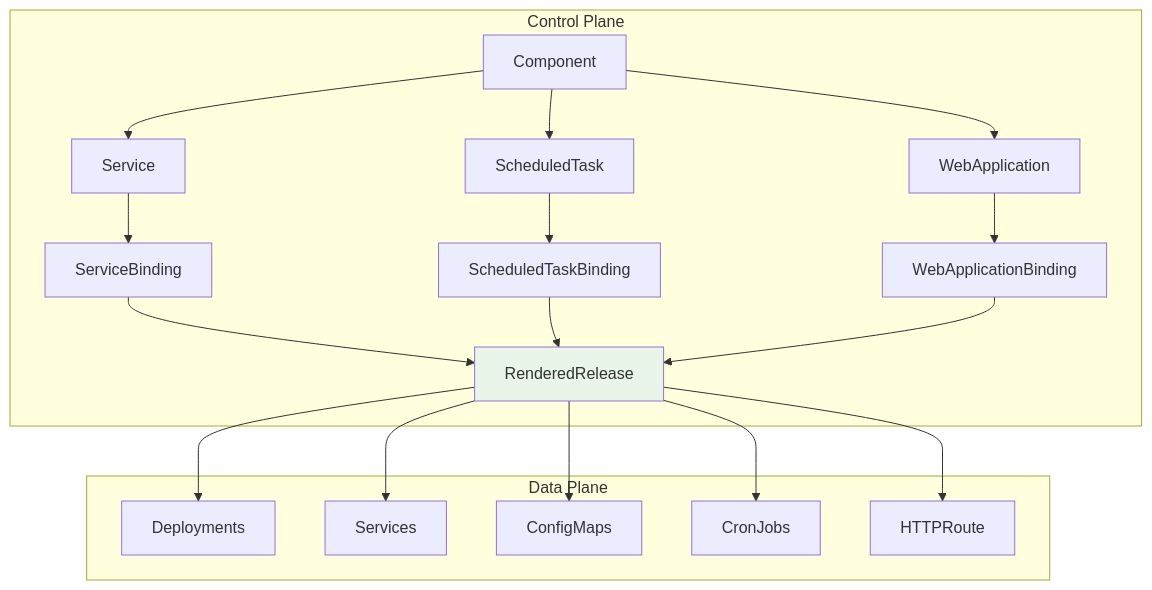
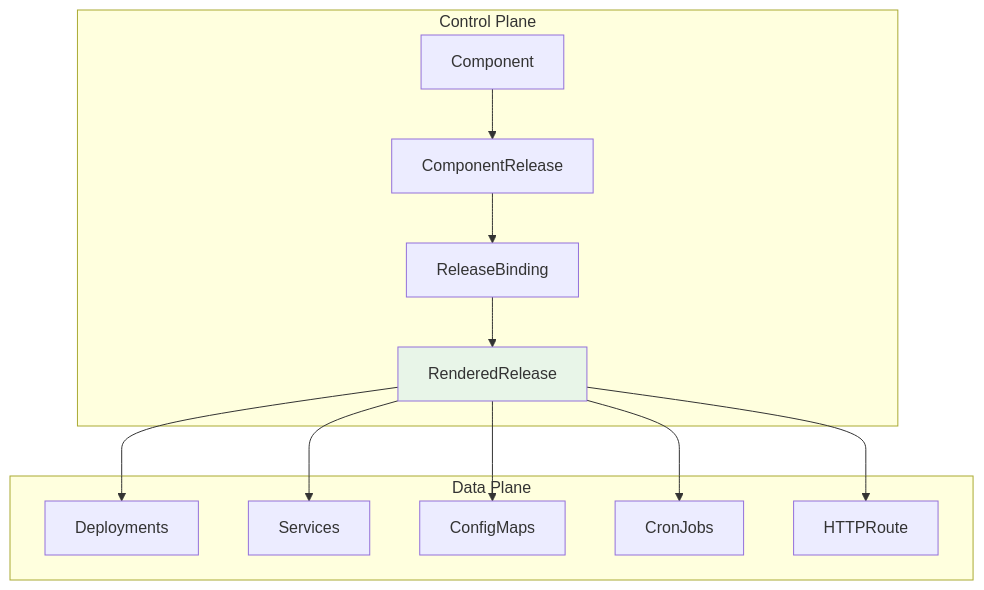
The first of 2 diagrams in docs/crds/renderedrelease.md (rashadism/openchoreo), drawn with Mermaid before and after one commit. The commit also changed other lines of this file and 3 other files, not shown here.

````diff
--- a/docs/crds/renderedrelease.md
+++ b/docs/crds/renderedrelease.md
@@ -13,41 +13,29 @@
 ```mermaid
 graph TD
-    A[Component] --> B[Service]
-    A --> C[ScheduledTask]
-    A --> D[WebApplication]
-    
-    B --> E[ServiceBinding]
-    C --> F[ScheduledTaskBinding]
-    D --> G[WebApplicationBinding]
-    
-    E --> H[RenderedRelease]
-    F --> H
-    G --> H
-    
+    A[Component] --> B[ComponentRelease]
+    B --> C[ReleaseBinding]
+    C --> H[RenderedRelease]
+
     subgraph "Control Plane"
         A
         B
         C
-        D
-        E
-        F
-        G
         H
     end
-    
+
     subgraph "Data Plane"
         I[Deployments]
         J[Services]
         K[ConfigMaps]
         L[CronJobs]
         M[HTTPRoute]
     end
-    
+
     H --> I
     H --> J
     H --> K
     H --> L
     H --> M
-    
+
     style H fill:#e8f5e8
 ```
````
